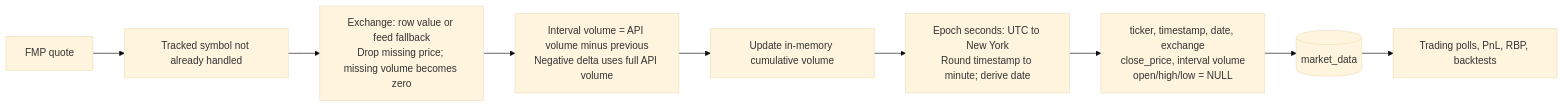
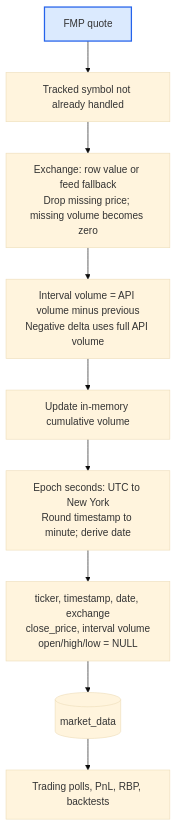
Before and after one commit to MUNQuantSociety/MQSMaster: the second of 2 diagrams in docs/workflows/realtime-ingestor-workflow.md, drawn with Mermaid (base theme). The commit also changed other lines of this file and 12 other files, not shown here.

Commit message:
docs: make workflow diagrams top-down hierarchies

````diff
--- a/docs/workflows/realtime-ingestor-workflow.md
+++ b/docs/workflows/realtime-ingestor-workflow.md
@@ -42,11 +43,12 @@
 ```mermaid
-flowchart LR
+flowchart TD
     RAW["FMP quote"] --> FILTER["Tracked symbol not already handled"]
     FILTER --> CLEAN["Exchange: row value or feed fallback<br/>Drop missing price; missing volume becomes zero"]
     CLEAN --> VOLUME["Interval volume = API volume minus previous<br/>Negative delta uses full API volume"]
     VOLUME --> STATE["Update in-memory cumulative volume"]
     STATE --> TIME["Epoch seconds: UTC to New York<br/>Round timestamp to minute; derive date"]
     TIME --> ROW["ticker, timestamp, date, exchange<br/>close_price, interval volume<br/>open/high/low = NULL"]
     ROW --> DB[("market_data")]
     DB --> USERS["Trading polls, PnL, RBP, backtests"]
+    style RAW fill:#dbeafe,stroke:#2563eb,stroke-width:2px
 ```
````
